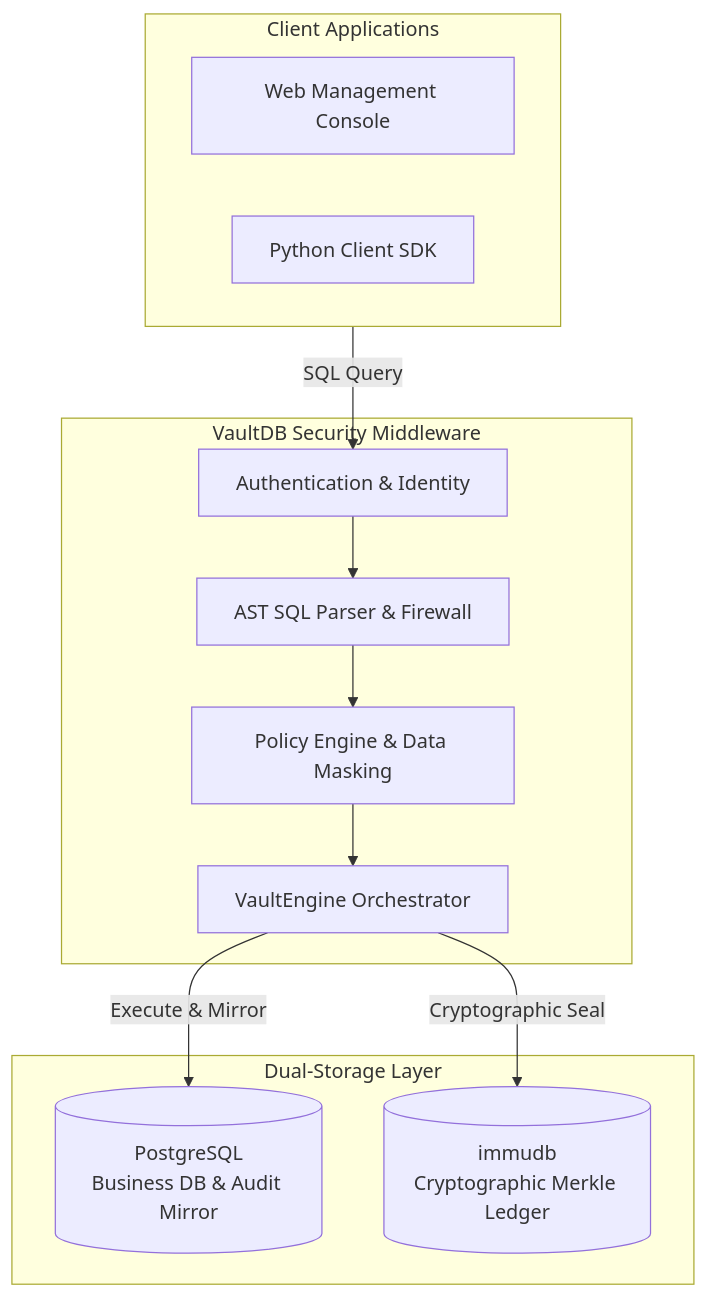
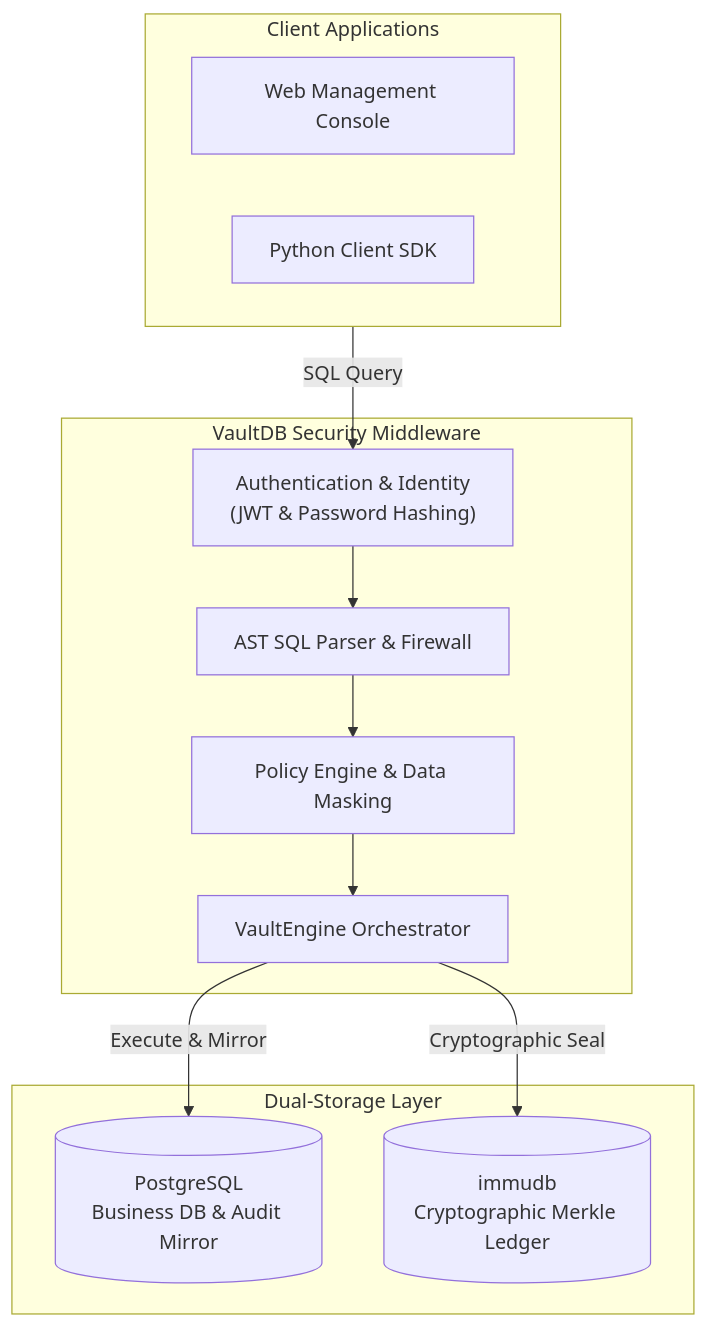
Before and after one commit to Sejal-hani/Vault_DB: the first of 3 diagrams in README.md, drawn with Mermaid. The commit also changed other lines of this file, not shown here.

Commit message:
docs: clarify JWT and password hashing in auth architecture, remove api key mentions

````diff
--- a/README.md
+++ b/README.md
@@ -58,25 +58,25 @@
 ```mermaid
 flowchart TD
     subgraph Clients ["Client Applications"]
         UI["Web Management Console"]
         SDK["Python Client SDK"]
     end
 
     subgraph Middleware ["VaultDB Security Middleware"]
-        Auth["Authentication & Identity"]
+        Auth["Authentication & Identity<br/>(JWT & Password Hashing)"]
         Parser["AST SQL Parser & Firewall"]
         Policy["Policy Engine & Data Masking"]
         Engine["VaultEngine Orchestrator"]
 
         Auth --> Parser --> Policy --> Engine
     end
 
     subgraph Storage ["Dual-Storage Layer"]
         PG[("PostgreSQL<br/>Business DB & Audit Mirror")]
         Immu[("immudb<br/>Cryptographic Merkle Ledger")]
     end
 
     Clients -->|SQL Query| Auth
     Engine -->|Execute & Mirror| PG
     Engine -->|Cryptographic Seal| Immu
 ```
````
